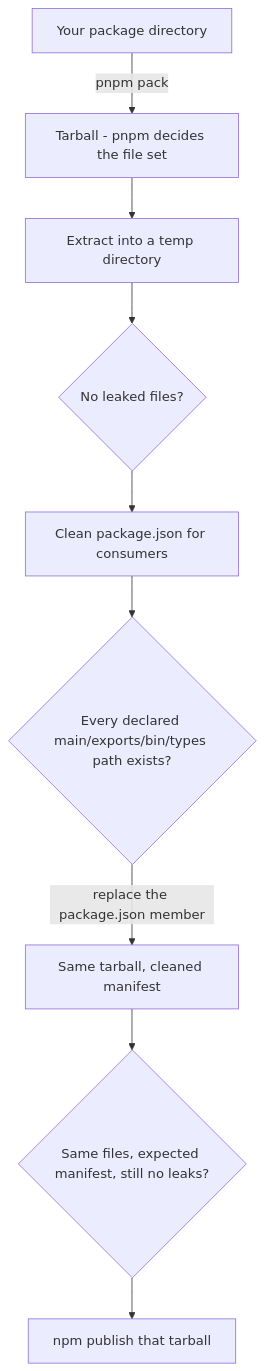
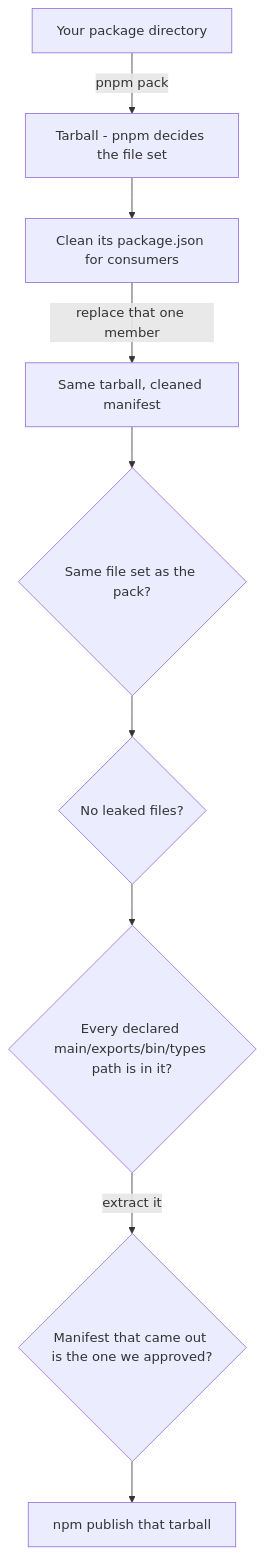
The diagram in README.md (Anizoptera/publish-clean), drawn with Mermaid before and after one commit. The commit also changed other lines of this file and 3 other files, not shown here.

````diff
--- a/README.md
+++ b/README.md
@@ -182,11 +182,11 @@
 ```mermaid
 flowchart TD
   A[Your package directory] -->|pnpm pack| B[Tarball - pnpm decides the file set]
-  B --> C[Extract into a temp directory]
-  C --> D{No leaked files?}
-  D --> E[Clean package.json for consumers]
-  E --> F{Every declared main/exports/bin/types path exists?}
-  F -->|replace the package.json member| G[Same tarball, cleaned manifest]
-  G --> H{Same files, expected manifest, still no leaks?}
+  B --> C[Clean its package.json for consumers]
+  C -->|replace that one member| D[Same tarball, cleaned manifest]
+  D --> E{Same file set as the pack?}
+  E --> F{No leaked files?}
+  F --> G{Every declared main/exports/bin/types path is in it?}
+  G -->|extract it| H{Manifest that came out is the one we approved?}
   H --> I[npm publish that tarball]
 ```
````
